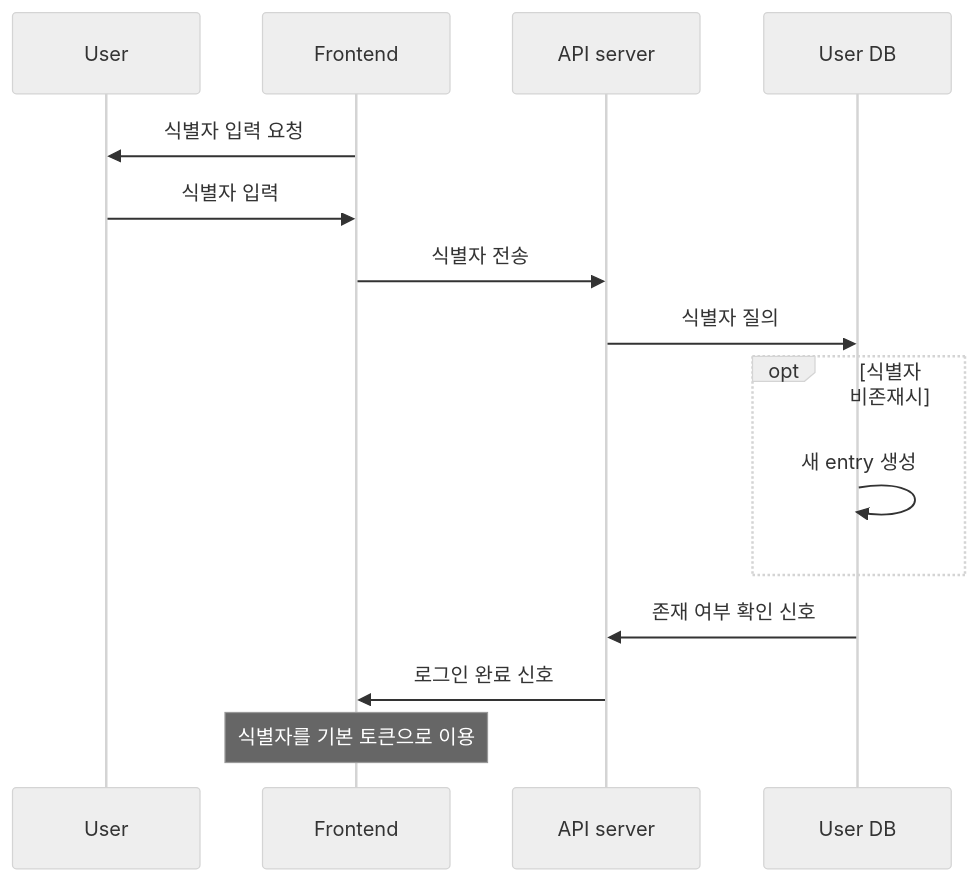
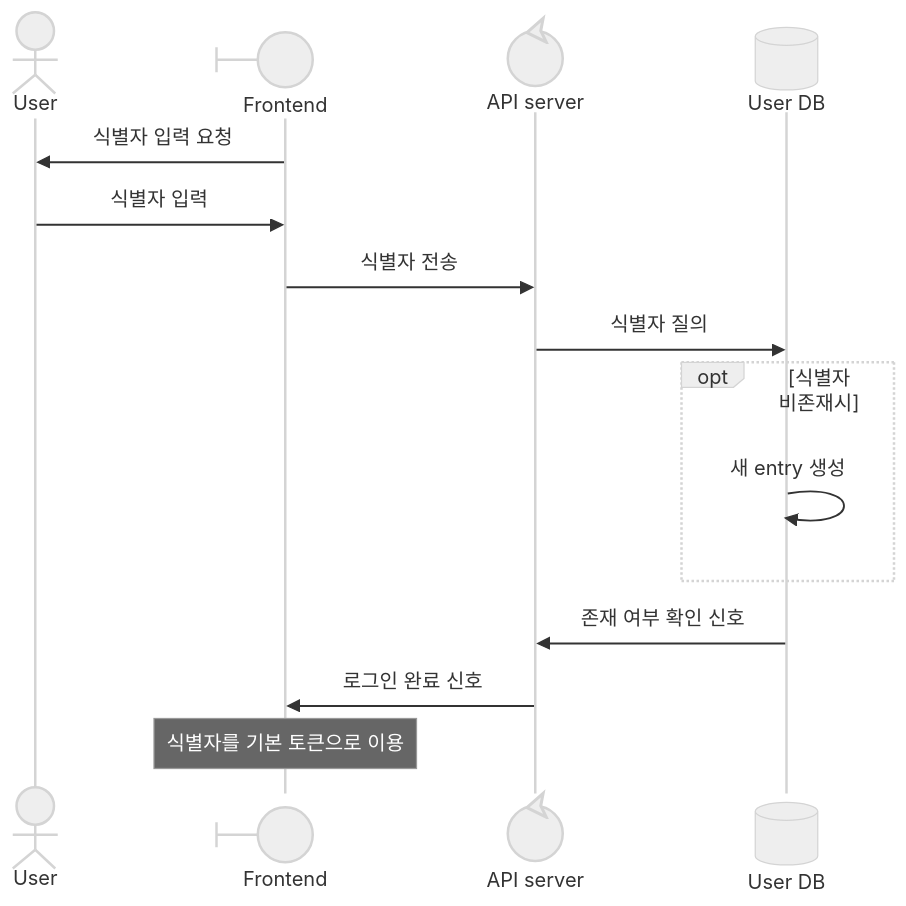
Before and after one commit to bookyoulove/paragraphy: the first of 5 diagrams in 설계문서/시퀀스 다이어그램.md, drawn with Mermaid (neutral theme). The commit also changed other lines of this file, not shown here.

Commit message:
시퀀스 다이어그램 심볼

````diff
--- a/설계문서/시퀀스 다이어그램.md
+++ b/설계문서/시퀀스 다이어그램.md
@@ -3,18 +3,18 @@
 ```mermaid
 sequenceDiagram
-    participant User
-    participant Frontend
-    participant API as API server
-    participant db as User DB
+    actor User
+    participant Frontend@{ "type" : "boundary" }
+    participant API@{ "type" : "control", alias: "API server" }
+    participant db@{ "type" : "database" , alias: "User DB"}
     Frontend->>User: 식별자 입력 요청
     User->>Frontend: 식별자 입력
     Frontend->>API: 식별자 전송
     API->>db: 식별자 질의
     opt 식별자 비존재시
     db->>db: 새 entry 생성
     end
     db->>API: 존재 여부 확인 신호
     API->>Frontend: 로그인 완료 신호
     Note over Frontend: 식별자를 기본 토큰으로 이용
 
 ```
````
